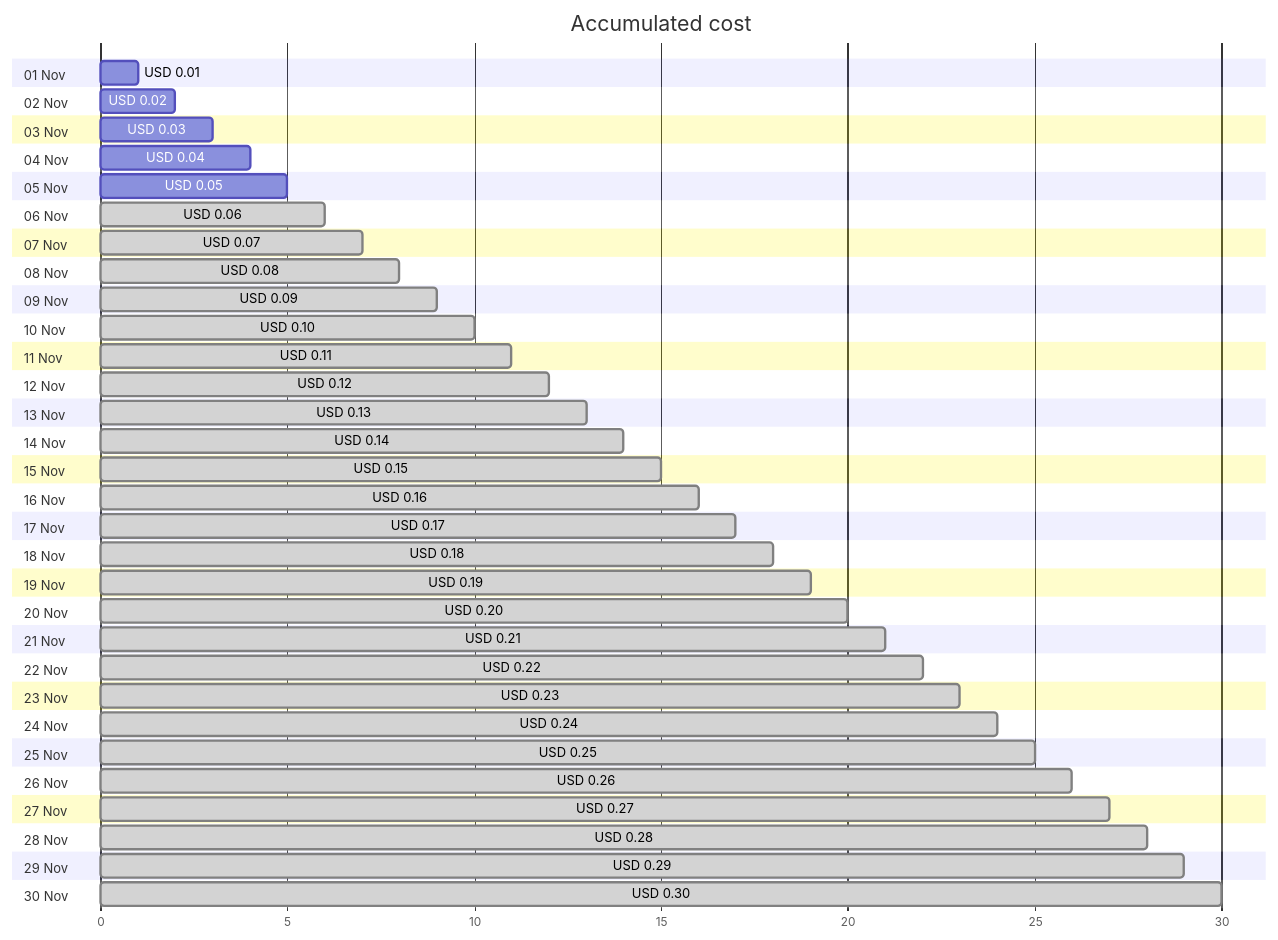
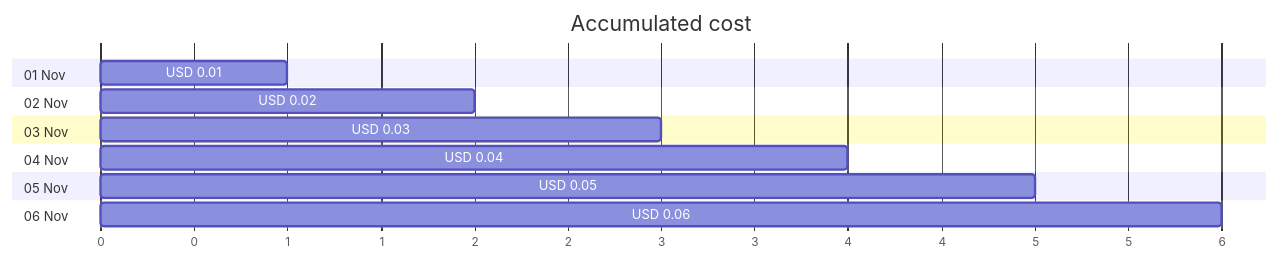
Before and after one commit to jpfulton/azure-personal-reports: the first of 4 diagrams in cost-reports/cloud-shell-storage-eastus/cs2100300008c8d894b.md, drawn with Mermaid. The commit also changed other lines of this file and 1 other file, not shown here.

Commit message:
Generated reports [skip ci]

````diff
--- a/cost-reports/cloud-shell-storage-eastus/cs2100300008c8d894b.md
+++ b/cost-reports/cloud-shell-storage-eastus/cs2100300008c8d894b.md
@@ -20,66 +20,18 @@
 ```mermaid
 gantt
    title Accumulated cost
    dateFormat  X
    axisFormat %s
    section 01 Nov
    USD 0.01 :0, 1
    section 02 Nov
    USD 0.02 :0, 2
    section 03 Nov
    USD 0.03 :0, 3
    section 04 Nov
    USD 0.04 :0, 4
    section 05 Nov
    USD 0.05 :0, 5
    section 06 Nov
-   USD 0.06 : done, 0, 6
-   section 07 Nov
-   USD 0.07 : done, 0, 7
-   section 08 Nov
-   USD 0.08 : done, 0, 8
-   section 09 Nov
-   USD 0.09 : done, 0, 9
-   section 10 Nov
-   USD 0.10 : done, 0, 10
-   section 11 Nov
-   USD 0.11 : done, 0, 11
-   section 12 Nov
-   USD 0.12 : done, 0, 12
-   section 13 Nov
-   USD 0.13 : done, 0, 13
-   section 14 Nov
-   USD 0.14 : done, 0, 14
-   section 15 Nov
-   USD 0.15 : done, 0, 15
-   section 16 Nov
-   USD 0.16 : done, 0, 16
-   section 17 Nov
-   USD 0.17 : done, 0, 17
-   section 18 Nov
-   USD 0.18 : done, 0, 18
-   section 19 Nov
-   USD 0.19 : done, 0, 19
-   section 20 Nov
-   USD 0.20 : done, 0, 20
-   section 21 Nov
-   USD 0.21 : done, 0, 21
-   section 22 Nov
-   USD 0.22 : done, 0, 22
-   section 23 Nov
-   USD 0.23 : done, 0, 23
-   section 24 Nov
-   USD 0.24 : done, 0, 24
-   section 25 Nov
-   USD 0.25 : done, 0, 25
-   section 26 Nov
-   USD 0.26 : done, 0, 26
-   section 27 Nov
-   USD 0.27 : done, 0, 27
-   section 28 Nov
-   USD 0.28 : done, 0, 28
-   section 29 Nov
-   USD 0.29 : done, 0, 29
-   section 30 Nov
-   USD 0.30 : done, 0, 30
+   USD 0.06 :0, 6
 ```
````
